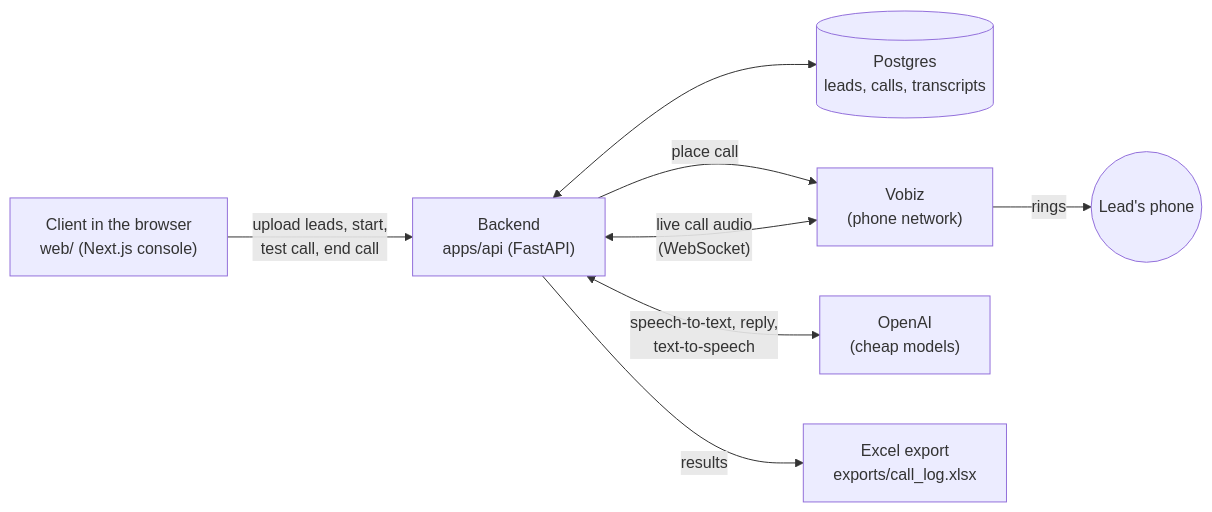
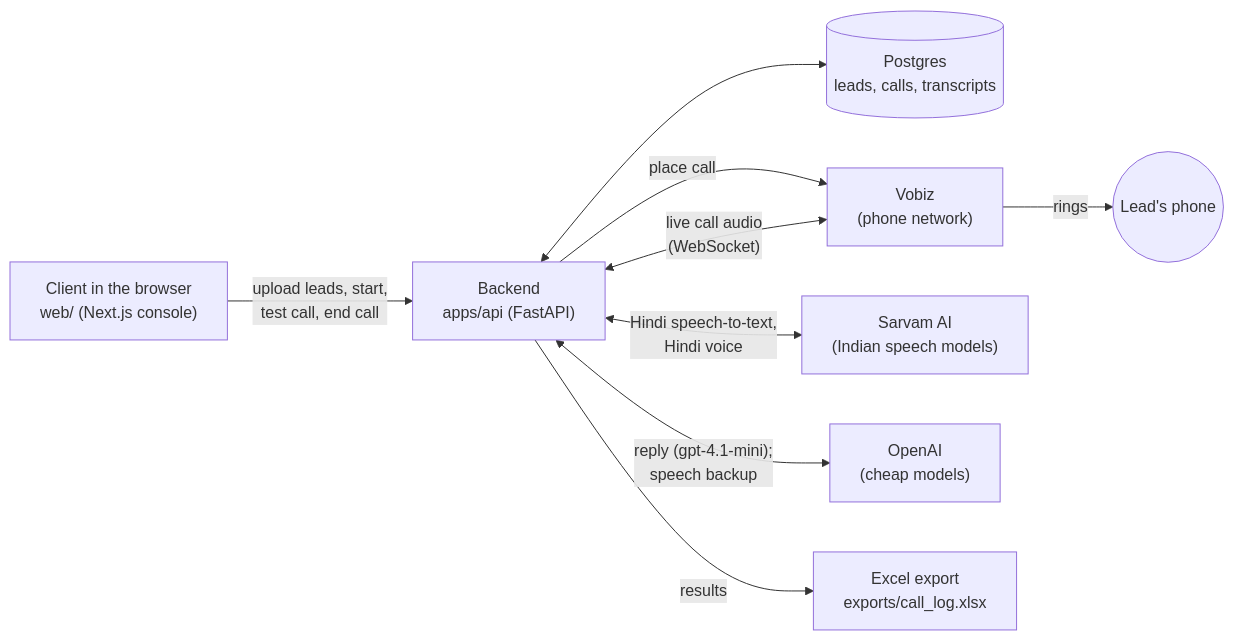
Before and after one commit to KNambiarDJsc/AI_sales_agent: the first of 4 diagrams in FLOW.md, drawn with Mermaid. The commit also changed other lines of this file and 18 other files, not shown here.

First line of the commit message:
Hindi calls: Sarvam speech, do-not-call guard, uninterruptible greeting

````diff
--- a/FLOW.md
+++ b/FLOW.md
@@ -17,10 +17,11 @@
 ```mermaid
 flowchart LR
     U["Client in the browser<br/>web/ (Next.js console)"] -->|"upload leads, start,<br/>test call, end call"| API["Backend<br/>apps/api (FastAPI)"]
     API <--> DB[("Postgres<br/>leads, calls, transcripts")]
     API -->|"place call"| VZ["Vobiz<br/>(phone network)"]
     VZ <-->|"live call audio<br/>(WebSocket)"| API
     VZ -->|"rings"| P(("Lead's phone"))
-    API <-->|"speech-to-text, reply,<br/>text-to-speech"| OAI["OpenAI<br/>(cheap models)"]
+    API <-->|"Hindi speech-to-text,<br/>Hindi voice"| SV["Sarvam AI<br/>(Indian speech models)"]
+    API <-->|"reply (gpt-4.1-mini);<br/>speech backup"| OAI["OpenAI<br/>(cheap models)"]
     API -->|"results"| XL["Excel export<br/>exports/call_log.xlsx"]
 ```
````
